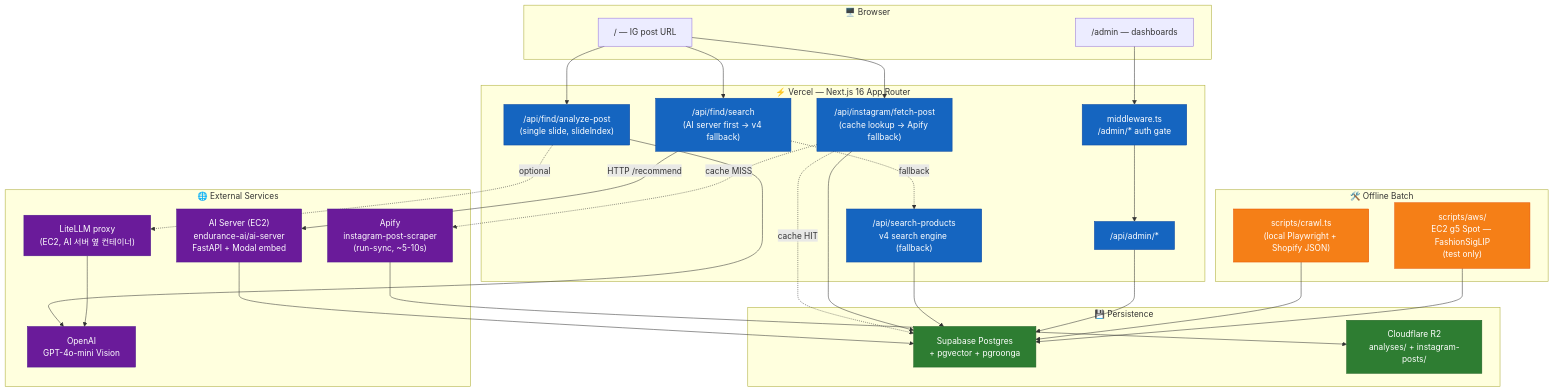
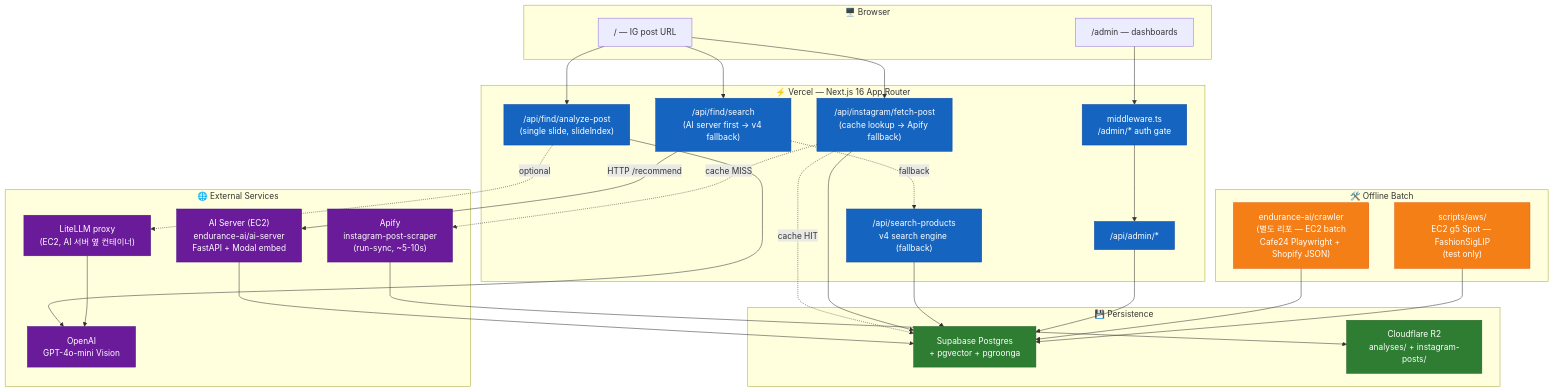
Before and after one commit to endurance-ai/portal.ai: the diagram in docs/ARCHITECTURE.md, drawn with Mermaid. The commit also changed other lines of this file and 53 other files, not shown here.

First line of the commit message:
chore: 크롤러 외부 리포 (endurance-ai/crawler) 분리 (#35)

````diff
--- a/docs/ARCHITECTURE.md
+++ b/docs/ARCHITECTURE.md
@@ -35,65 +35,65 @@
 ```mermaid
 graph TB
     subgraph Browser["🖥️ Browser"]
         U1["/ — IG post URL"]
         U2["/admin — dashboards"]
     end
 
     subgraph Vercel["⚡ Vercel — Next.js 16 App Router"]
         MW["middleware.ts<br/>/admin/* auth gate"]
         API_IG["/api/instagram/fetch-post<br/>(cache lookup → Apify fallback)"]
         API_FIND_AN["/api/find/analyze-post<br/>(single slide, slideIndex)"]
         API_FIND_S["/api/find/search<br/>(AI server first → v4 fallback)"]
         API_SEARCH["/api/search-products<br/>v4 search engine (fallback)"]
         API_ADMIN["/api/admin/*"]
     end
 
     subgraph External["🌐 External Services"]
         APIFY["Apify<br/>instagram-post-scraper<br/>(run-sync, ~5-10s)"]
         OAI["OpenAI<br/>GPT-4o-mini Vision"]
         AISERVER["AI Server (EC2)<br/>endurance-ai/ai-server<br/>FastAPI + Modal embed"]
         LITELLM["LiteLLM proxy<br/>(EC2, AI 서버 옆 컨테이너)"]
     end
 
     subgraph Data["💾 Persistence"]
         SB["Supabase Postgres<br/>+ pgvector + pgroonga"]
         R2["Cloudflare R2<br/>analyses/ + instagram-posts/"]
     end
 
     subgraph Batch["🛠️ Offline Batch"]
-        CRAWL["scripts/crawl.ts<br/>(local Playwright + Shopify JSON)"]
+        CRAWL["endurance-ai/crawler<br/>(별도 리포 — EC2 batch<br/>Cafe24 Playwright + Shopify JSON)"]
         EMBED["scripts/aws/<br/>EC2 g5 Spot — FashionSigLIP<br/>(test only)"]
     end
 
     U1 --> API_IG
     API_IG -. cache HIT .-> SB
     API_IG -. cache MISS .-> APIFY
     APIFY --> R2
     API_IG --> SB
 
     U1 --> API_FIND_AN
     API_FIND_AN --> OAI
     API_FIND_AN -.optional.-> LITELLM --> OAI
 
     U1 --> API_FIND_S
     API_FIND_S -->|HTTP /recommend| AISERVER
     API_FIND_S -. fallback .-> API_SEARCH
     AISERVER --> SB
     API_SEARCH --> SB
 
     U2 --> MW --> API_ADMIN
     API_ADMIN --> SB
 
     CRAWL --> SB
     EMBED --> SB
 
     classDef vercel fill:#1565c0,stroke:#0d47a1,color:#fff
     classDef ext fill:#6a1b9a,stroke:#4a148c,color:#fff
     classDef data fill:#2e7d32,stroke:#1b5e20,color:#fff
     classDef batch fill:#f57f17,stroke:#e65100,color:#fff
 
     class MW,API_SEARCH,API_IG,API_FIND_AN,API_FIND_S,API_ADMIN vercel
     class APIFY,OAI,LITELLM,AISERVER ext
     class SB,R2 data
     class CRAWL,EMBED batch
 ```
````
